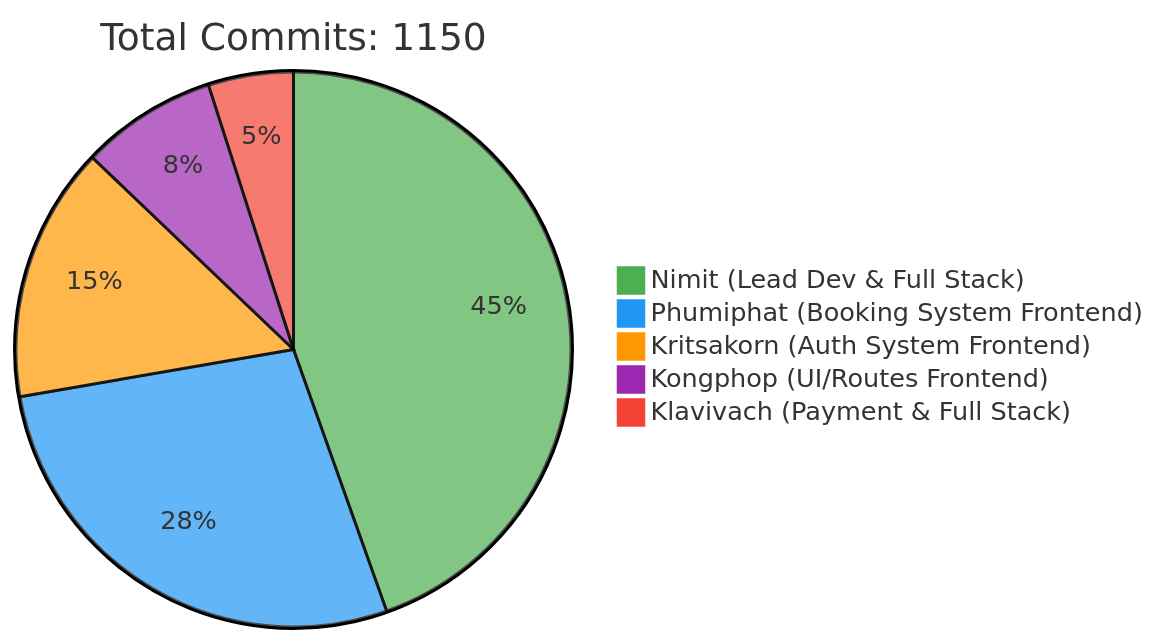
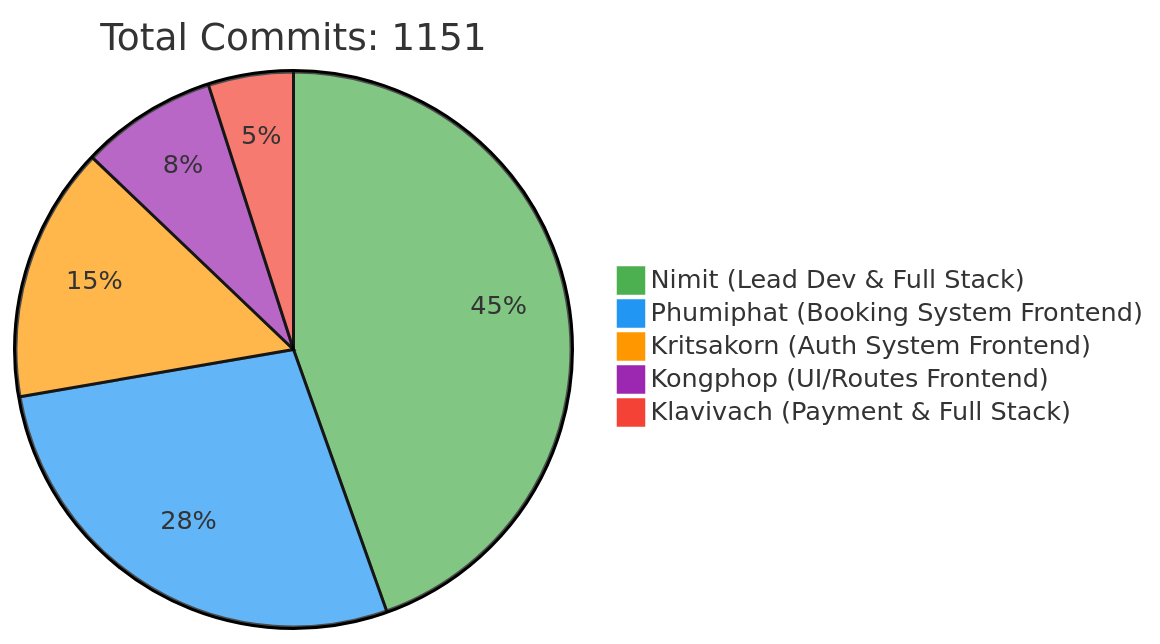
One commit to 6531503042/Sport-Complex changed the first of 2 diagrams in README.md. Above: the diagram before and after it, drawn with Mermaid. The commit also changed other lines of this file, not shown here.

Commit message:
docs: Update contributor statistics [skip ci]

````diff
--- a/README.md
+++ b/README.md
@@ -257,10 +257,10 @@
 ```mermaid
 %%{init: {'theme': 'base', 'themeVariables': { 'pie1': '#4CAF50', 'pie2': '#2196F3', 'pie3': '#FF9800', 'pie4': '#9C27B0', 'pie5': '#F44336'}}}%%
 pie
-    title Total Commits: 1150
+    title Total Commits: 1151
     "Nimit (Lead Dev & Full Stack)" : 450
     "Phumiphat (Booking System Frontend)" : 280
     "Kritsakorn (Auth System Frontend)" : 150
     "Kongphop (UI/Routes Frontend)" : 80
     "Klavivach (Payment & Full Stack)" : 50
 ```
````
